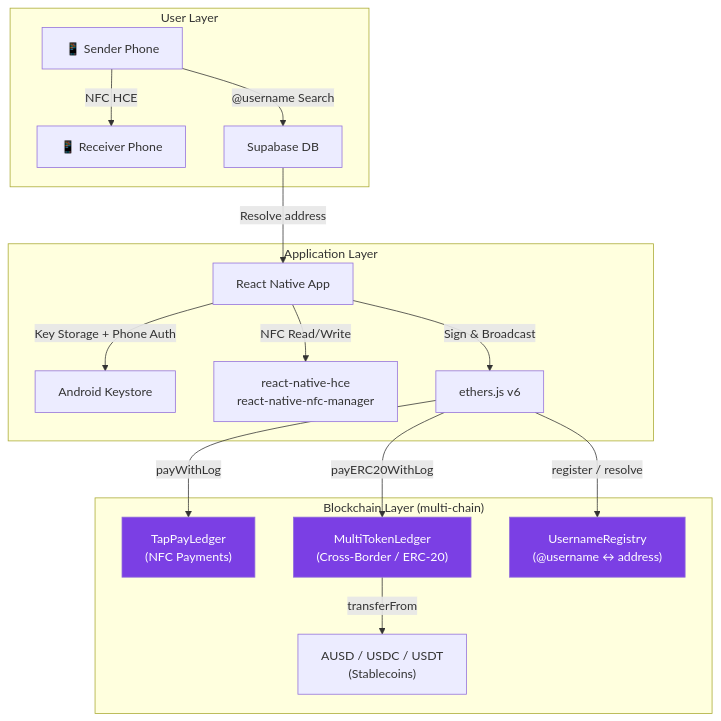
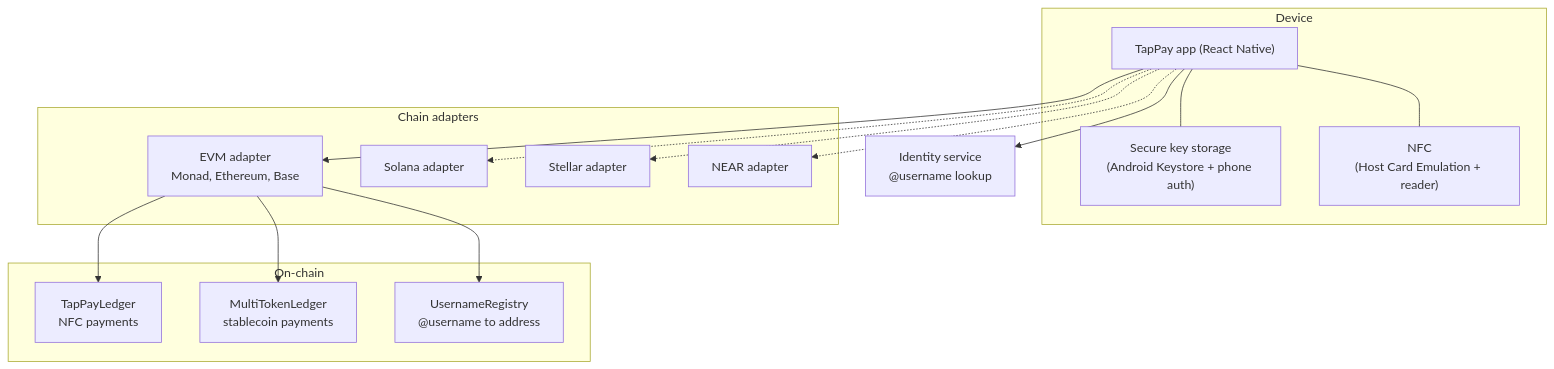
Before and after one commit to anuraggdubey/Tap-Pay: the diagram in README.md, drawn with Mermaid. The commit also changed other lines of this file, not shown here.

First line of the commit message:
Rewrite README for the multi-chain product

````diff
--- a/README.md
+++ b/README.md
@@ -138,31 +137,34 @@
 ```mermaid
 graph TB
-    subgraph "User Layer"
-        A["📱 Sender Phone"] -->|NFC HCE| B["📱 Receiver Phone"]
-        A -->|"@username Search"| C["Supabase DB"]
+    subgraph "Device"
+        A["TapPay app (React Native)"]
+        K["Secure key storage\n(Android Keystore + phone auth)"]
+        N["NFC\n(Host Card Emulation + reader)"]
+        A --- K
+        A --- N
     end
 
-    subgraph "Application Layer"
-        D["React Native App"]
-        D -->|Key Storage + Phone Auth| F["Android Keystore"]
-        D -->|NFC Read/Write| G["react-native-hce\nreact-native-nfc-manager"]
-        D -->|Sign & Broadcast| H["ethers.js v6"]
+    subgraph "Chain adapters"
+        E["EVM adapter\nMonad, Ethereum, Base"]
+        S["Solana adapter"]
+        X["Stellar adapter"]
+        R["NEAR adapter"]
     end
 
-    subgraph "Blockchain Layer (multi-chain)"
-        I["TapPayLedger\n(NFC Payments)"]
-        J["MultiTokenLedger\n(Cross-Border / ERC-20)"]
-        K["UsernameRegistry\n(@username ↔ address)"]
-        L["AUSD / USDC / USDT\n(Stablecoins)"]
+    subgraph "On-chain"
+        L["TapPayLedger\nNFC payments"]
+        M["MultiTokenLedger\nstablecoin payments"]
+        U["UsernameRegistry\n@username to address"]
     end
 
-    C -->|Resolve address| D
-    H -->|payWithLog| I
-    H -->|payERC20WithLog| J
-    H -->|register / resolve| K
-    J -->|transferFrom| L
+    D["Identity service\n@username lookup"]
 
-    style I fill:#7B3FE4,color:#fff
-    style J fill:#7B3FE4,color:#fff
-    style K fill:#7B3FE4,color:#fff
+    A --> E
+    A -.-> S
+    A -.-> X
+    A -.-> R
+    A --> D
+    E --> L
+    E --> M
+    E --> U
 ```
````
